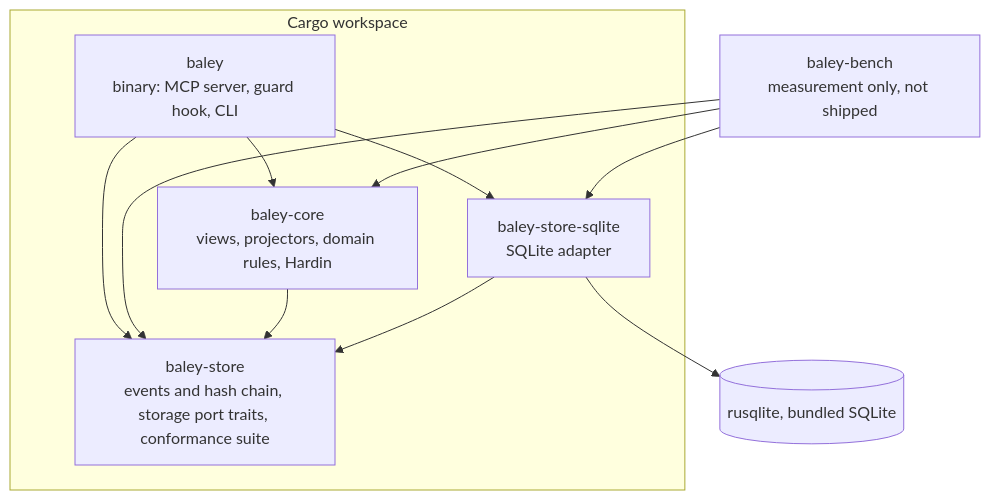
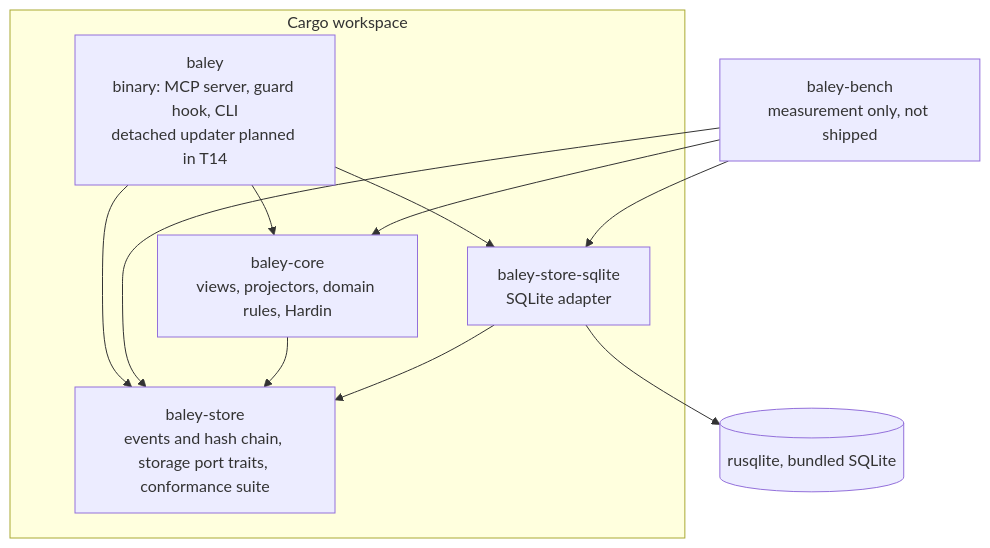
Before and after one commit to crenshawdev/baley: the third of 14 diagrams in docs/design/0001-evidence-ledger.md, drawn with Mermaid. The commit also changed other lines of this file and 6 other files, not shown here.

````diff
--- a/docs/design/0001-evidence-ledger.md
+++ b/docs/design/0001-evidence-ledger.md
@@ -215,20 +218,20 @@
 ```mermaid
 flowchart TB
   subgraph workspace [Cargo workspace]
-    server["baley<br/>binary: MCP server, guard hook, CLI"]
+    server["baley<br/>binary: MCP server, guard hook, CLI<br/>detached updater planned in T14"]
     core["baley-core<br/>views, projectors, domain rules, Hardin"]
     port["baley-store<br/>events and hash chain, storage port traits, conformance suite"]
     sqlite["baley-store-sqlite<br/>SQLite adapter"]
   end
   rusqlite[("rusqlite, bundled SQLite")]
   server --> core
   server --> port
   server --> sqlite
   bench["baley-bench<br/>measurement only, not shipped"]
   bench --> sqlite
   bench --> core
   bench --> port
   core --> port
   sqlite --> port
   sqlite --> rusqlite
 ```
````
